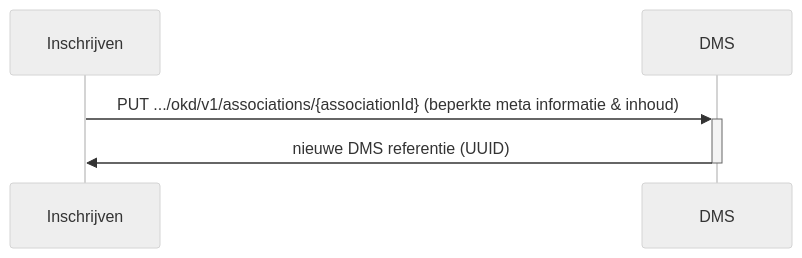
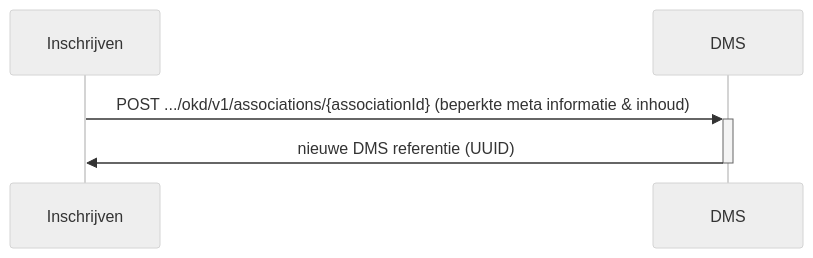
Before and after one commit to Onderwijs-Koppelingen-OKx/OKD-Document-Management: the diagram in doc/flow-2.md, drawn with Mermaid (neutral theme). The commit also changed other lines of this file, not shown here.

Commit message:
Update flow-2

````diff
--- a/doc/flow-2.md
+++ b/doc/flow-2.md
@@ -17,9 +17,9 @@
 ```mermaid
 sequenceDiagram
     Participant Inschrijven
     Participant DMS
 
-    Inschrijven->>+DMS: PUT .../okd/v1/associations/{associationId} (beperkte meta informatie & inhoud)
+    Inschrijven->>+DMS: POST .../okd/v1/associations/{associationId} (beperkte meta informatie & inhoud)
     DMS->>-Inschrijven: nieuwe DMS referentie (UUID)
 
 ```
````
